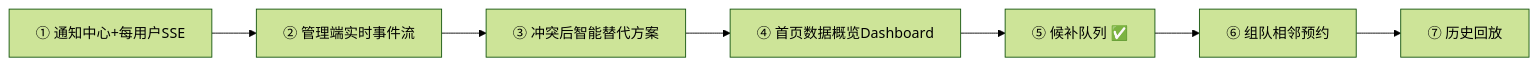
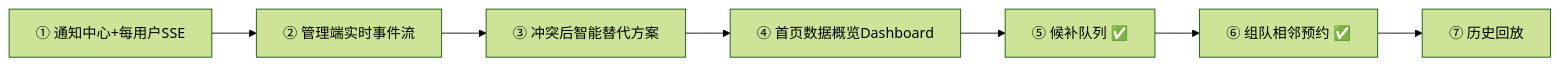
The diagram in docs/12-enhancement-plan.md (vintcessun/SeatWiseCampus), drawn with Mermaid (forest theme) before and after one commit. The commit also changed other lines of this file and 13 other files, not shown here.

````diff
--- a/docs/12-enhancement-plan.md
+++ b/docs/12-enhancement-plan.md
@@ -13,7 +13,7 @@
 ```mermaid
 flowchart LR
     N[① 通知中心+每用户SSE] --> E[② 管理端实时事件流]
     E --> C[③ 冲突后智能替代方案]
     C --> D[④ 首页数据概览Dashboard]
-    D --> W[⑤ 候补队列 ✅] --> G[⑥ 组队相邻预约] --> H[⑦ 历史回放]
+    D --> W[⑤ 候补队列 ✅] --> G[⑥ 组队相邻预约 ✅] --> H[⑦ 历史回放]
 ```
````
